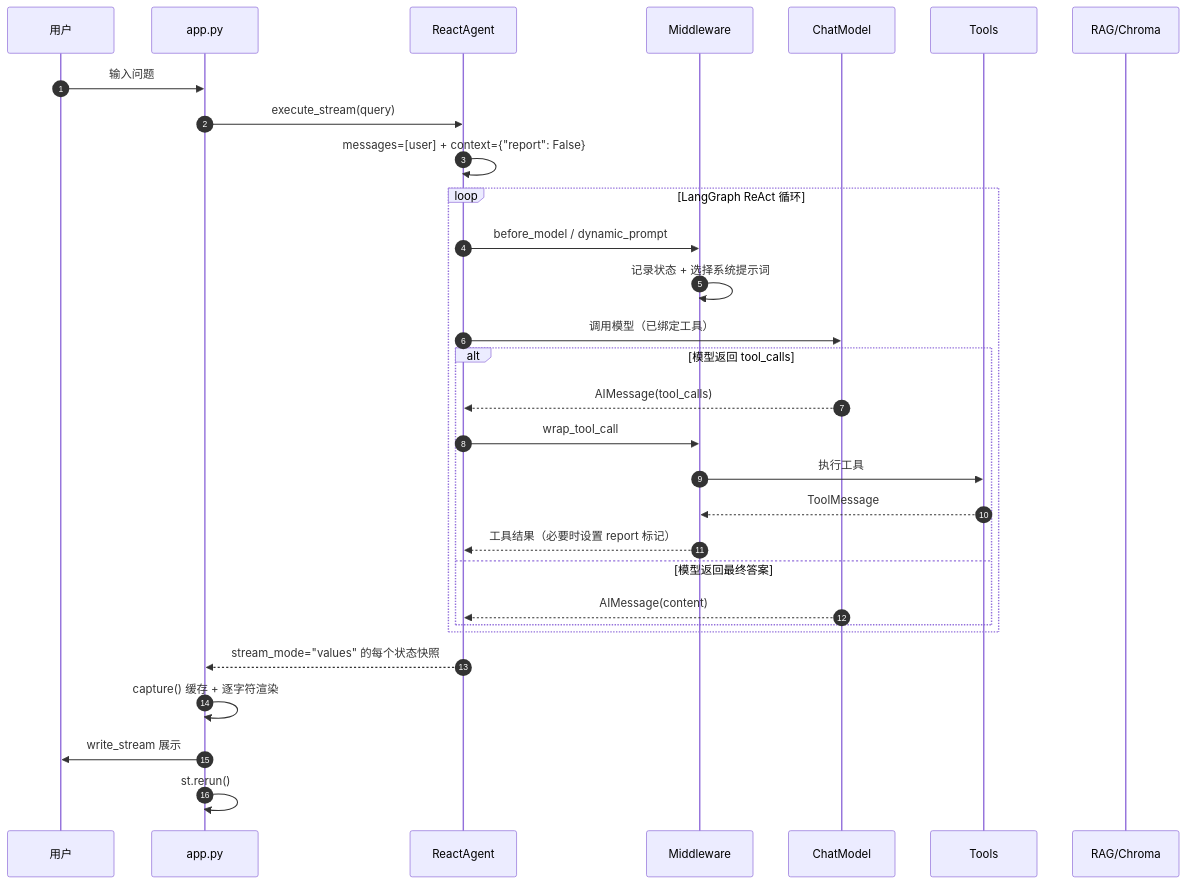
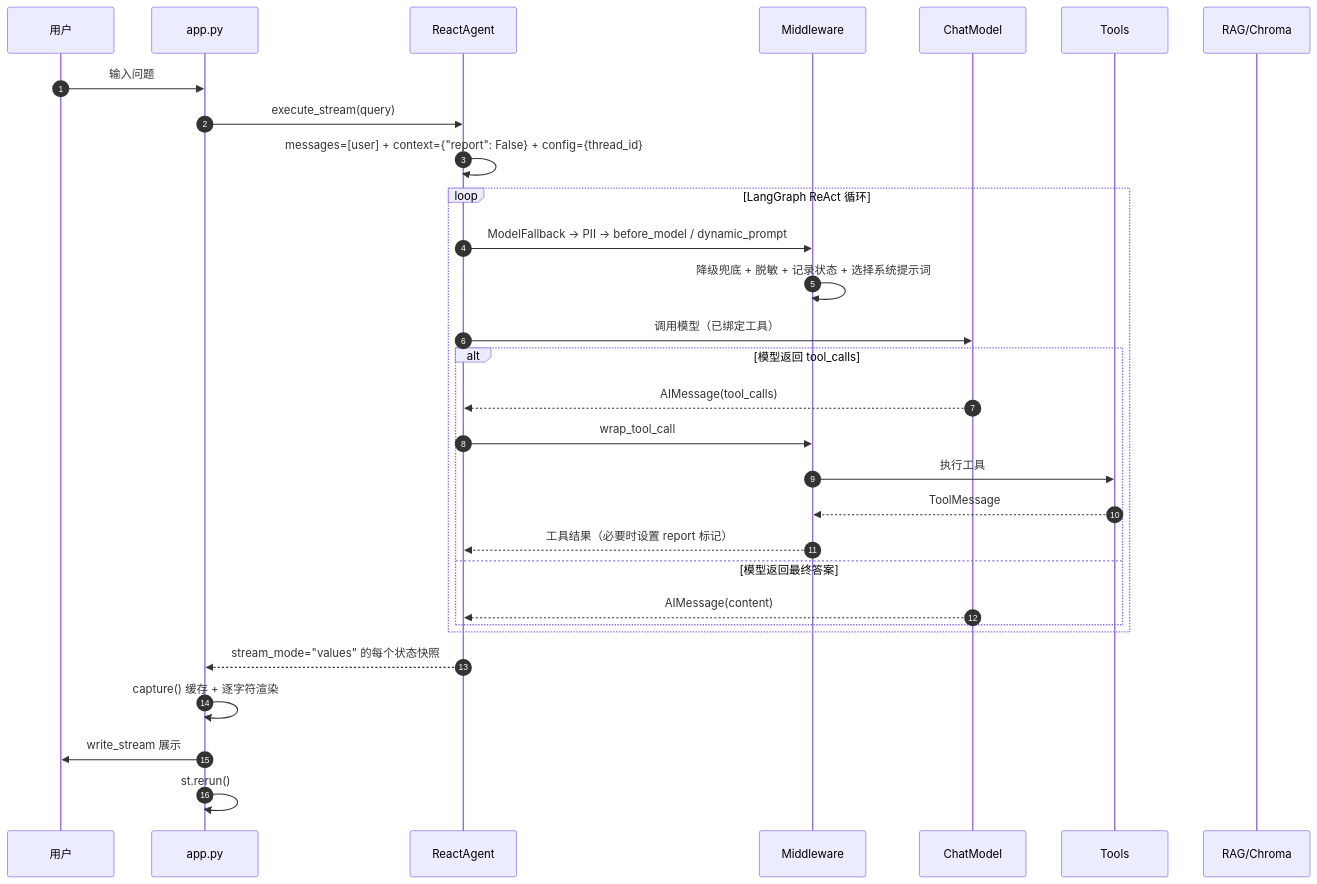
The third of 4 diagrams in docs/ARCHITECTURE.md (AX3031/RAG_Agent02), drawn with Mermaid before and after one commit. The commit also changed other lines of this file and 18 other files, not shown here.

````diff
--- a/docs/ARCHITECTURE.md
+++ b/docs/ARCHITECTURE.md
@@ -314,33 +324,33 @@
 ```mermaid
 sequenceDiagram
     autonumber
     participant U as 用户
     participant UI as app.py
     participant RA as ReactAgent
     participant MW as Middleware
     participant M as ChatModel
     participant T as Tools
     participant R as RAG/Chroma
 
     U->>UI: 输入问题
     UI->>RA: execute_stream(query)
-    RA->>RA: messages=[user] + context={"report": False}
+    RA->>RA: messages=[user] + context={"report": False} + config={thread_id}
     loop LangGraph ReAct 循环
-        RA->>MW: before_model / dynamic_prompt
-        MW->>MW: 记录状态 + 选择系统提示词
+        RA->>MW: ModelFallback → PII → before_model / dynamic_prompt
+        MW->>MW: 降级兜底 + 脱敏 + 记录状态 + 选择系统提示词
         RA->>M: 调用模型（已绑定工具）
         alt 模型返回 tool_calls
             M-->>RA: AIMessage(tool_calls)
             RA->>MW: wrap_tool_call
             MW->>T: 执行工具
             T-->>MW: ToolMessage
             MW-->>RA: 工具结果（必要时设置 report 标记）
         else 模型返回最终答案
             M-->>RA: AIMessage(content)
         end
     end
     RA-->>UI: stream_mode="values" 的每个状态快照
     UI->>UI: capture() 缓存 + 逐字符渲染
     UI->>U: write_stream 展示
     UI->>UI: st.rerun()
 ```
````
